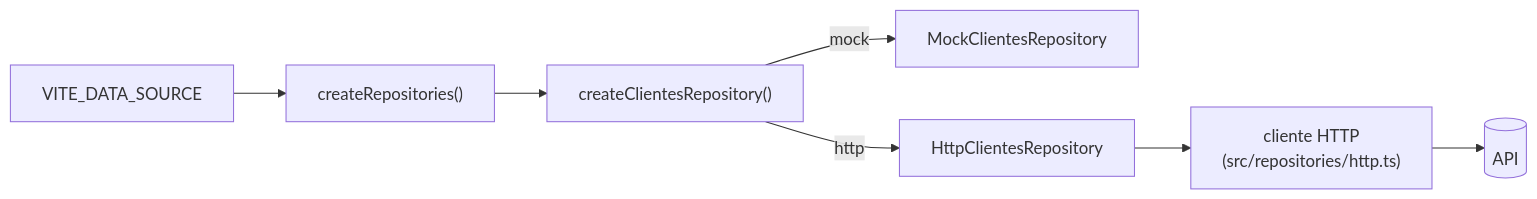
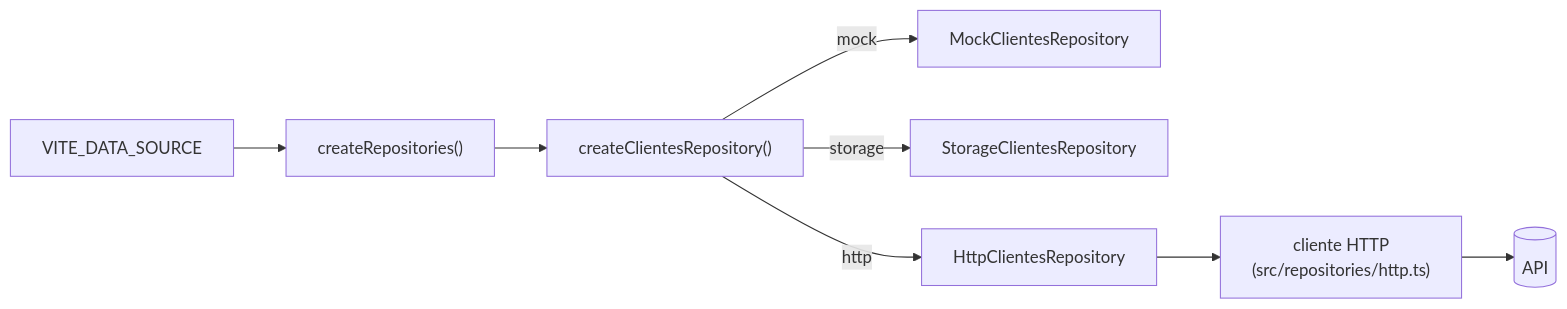
The diagram in docs/guides/real-api.md (matizze/prumo), drawn with Mermaid before and after one commit. The commit also changed other lines of this file and 32 other files, not shown here.

First line of the commit message:
feat(cli): make:repository --data-source com as fontes http e storage

````diff
--- a/docs/guides/real-api.md
+++ b/docs/guides/real-api.md
@@ -9,9 +9,10 @@
 ```mermaid
 flowchart LR
   env["VITE_DATA_SOURCE"] --> create["createRepositories()"]
   create --> factory["createClientesRepository()"]
   factory -- mock --> mock["MockClientesRepository"]
+  factory -- storage --> storage["StorageClientesRepository"]
   factory -- http --> http["HttpClientesRepository"]
   http --> client["cliente HTTP<br/>(src/repositories/http.ts)"]
   client --> api[("API")]
 ```
````
